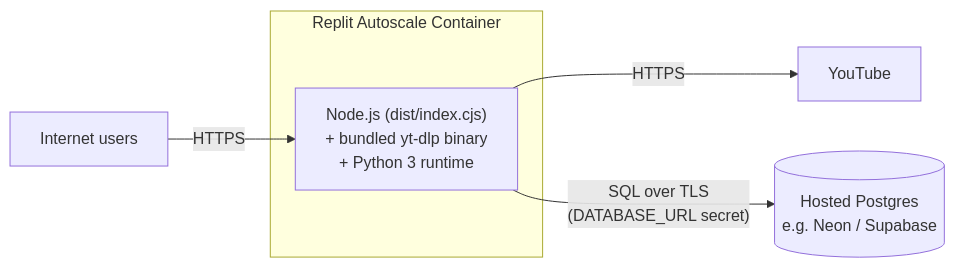
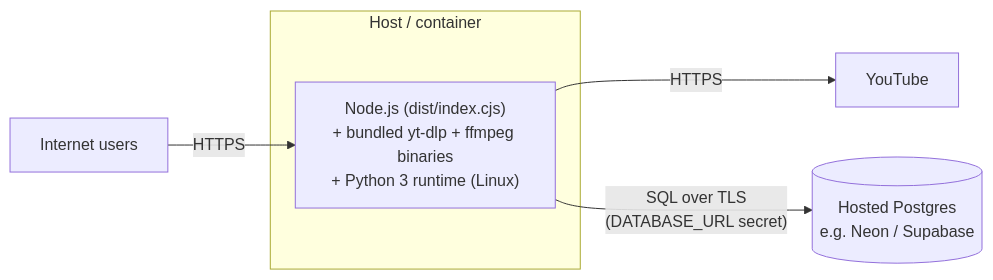
The fourth of 4 diagrams in TECHNICAL.md (ShayanZafar/YTDownload), drawn with Mermaid before and after one commit. The commit also changed other lines of this file and 18 other files, not shown here.

````diff
--- a/TECHNICAL.md
+++ b/TECHNICAL.md
@@ -194,9 +208,9 @@
 ```mermaid
 flowchart LR
-  subgraph Replit["Replit Autoscale Container"]
-    Node2["Node.js (dist/index.cjs)<br/>+ bundled yt-dlp binary<br/>+ Python 3 runtime"]
+  subgraph Host["Host / container"]
+    Node2["Node.js (dist/index.cjs)<br/>+ bundled yt-dlp + ffmpeg binaries<br/>+ Python 3 runtime (Linux)"]
   end
   Internet["Internet users"] -- HTTPS --> Node2
   Node2 -- HTTPS --> YouTubeProd["YouTube"]
   Node2 -- "SQL over TLS<br/>(DATABASE_URL secret)" --> Neon[("Hosted Postgres<br/>e.g. Neon / Supabase")]
 ```
````
